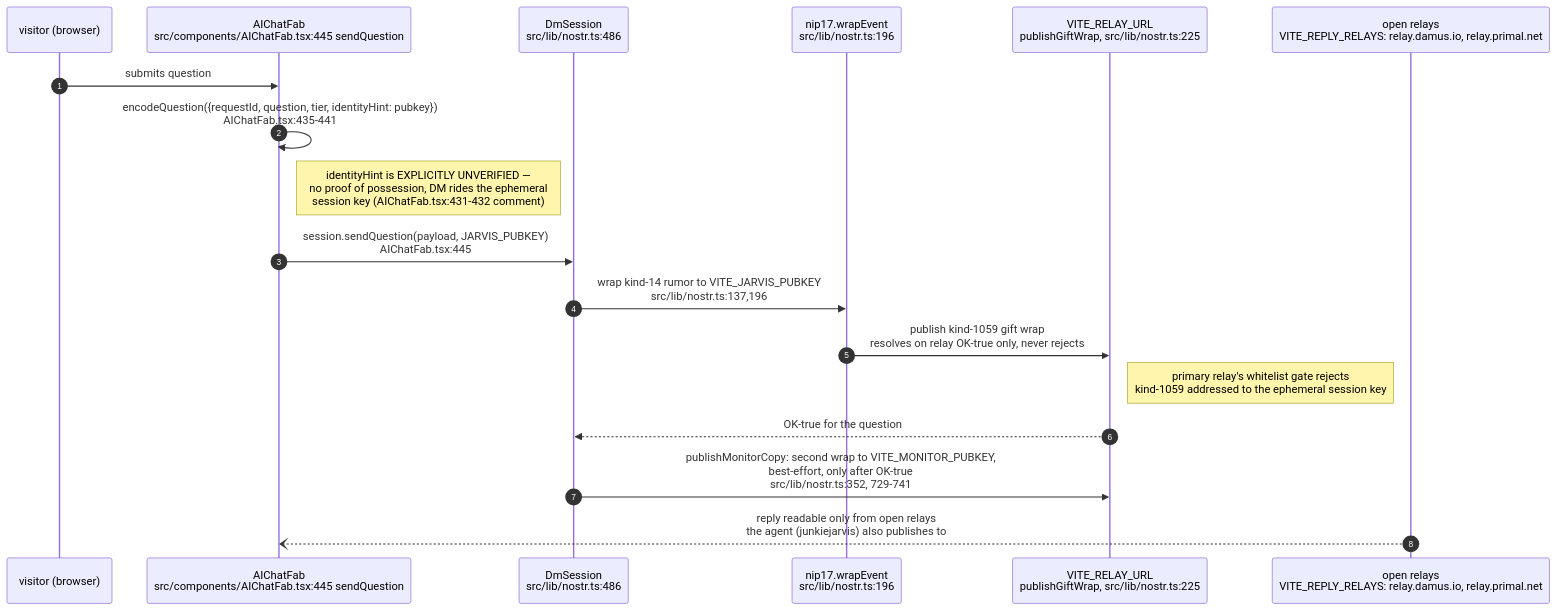
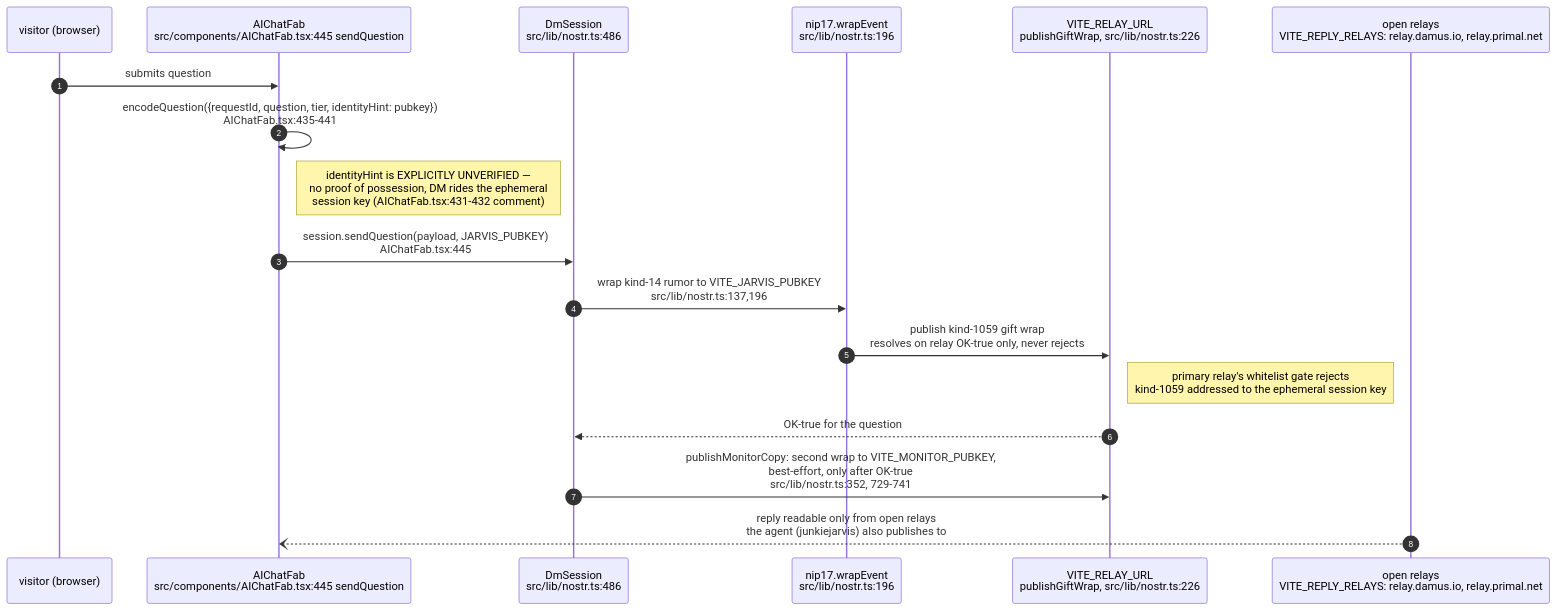
Before and after one commit to DreamLab-AI/VisionFlow: the second of 7 diagrams in docs/diagrams/dreamlab-ai-website/04-identity-zones-and-security-posture.md, drawn with Mermaid. The commit also changed other lines of this file and 91 other files, not shown here.

````diff
--- a/docs/diagrams/dreamlab-ai-website/04-identity-zones-and-security-posture.md
+++ b/docs/diagrams/dreamlab-ai-website/04-identity-zones-and-security-posture.md
@@ -42,20 +42,20 @@
 ```mermaid
 sequenceDiagram
     autonumber
     participant U as visitor (browser)
     participant FAB as AIChatFab<br/>src/components/AIChatFab.tsx:445 sendQuestion
     participant DM as DmSession<br/>src/lib/nostr.ts:486
     participant W as nip17.wrapEvent<br/>src/lib/nostr.ts:196
-    participant R as VITE_RELAY_URL<br/>publishGiftWrap, src/lib/nostr.ts:225
+    participant R as VITE_RELAY_URL<br/>publishGiftWrap, src/lib/nostr.ts:226
     participant OPEN as open relays<br/>VITE_REPLY_RELAYS: relay.damus.io, relay.primal.net
     U->>FAB: submits question
     FAB->>FAB: encodeQuestion({requestId, question, tier, identityHint: pubkey})<br/>AIChatFab.tsx:435-441
     Note right of FAB: identityHint is EXPLICITLY UNVERIFIED —<br/>no proof of possession, DM rides the ephemeral<br/>session key (AIChatFab.tsx:431-432 comment)
     FAB->>DM: session.sendQuestion(payload, JARVIS_PUBKEY)<br/>AIChatFab.tsx:445
     DM->>W: wrap kind-14 rumor to VITE_JARVIS_PUBKEY<br/>src/lib/nostr.ts:137,196
     W->>R: publish kind-1059 gift wrap<br/>resolves on relay OK-true only, never rejects
     Note right of R: primary relay's whitelist gate rejects<br/>kind-1059 addressed to the ephemeral session key
     R-->>DM: OK-true for the question
     DM->>R: publishMonitorCopy: second wrap to VITE_MONITOR_PUBKEY,<br/>best-effort, only after OK-true<br/>src/lib/nostr.ts:352, 729-741
     OPEN--)FAB: reply readable only from open relays<br/>the agent (junkiejarvis) also publishes to
 ```
````
